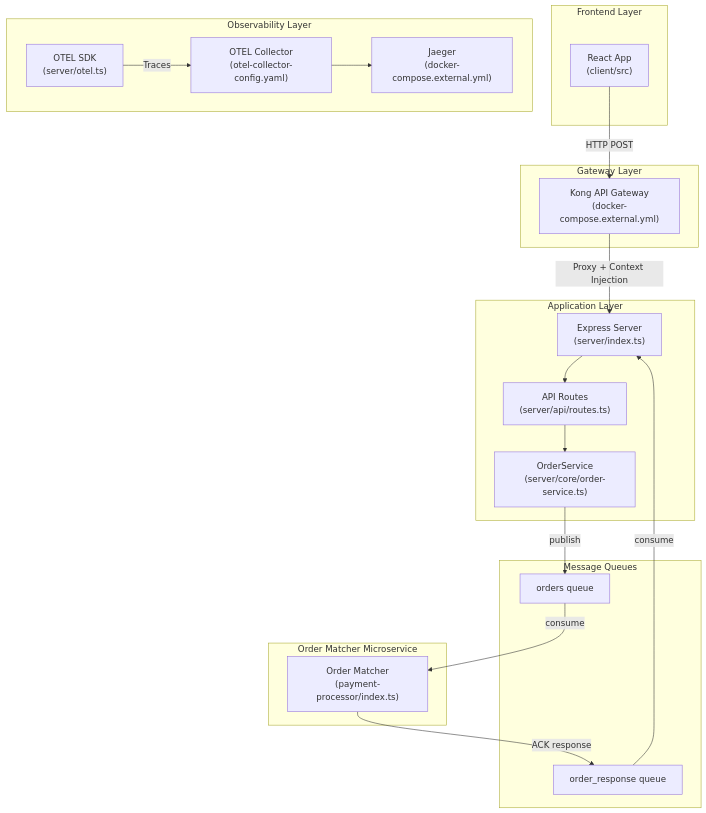
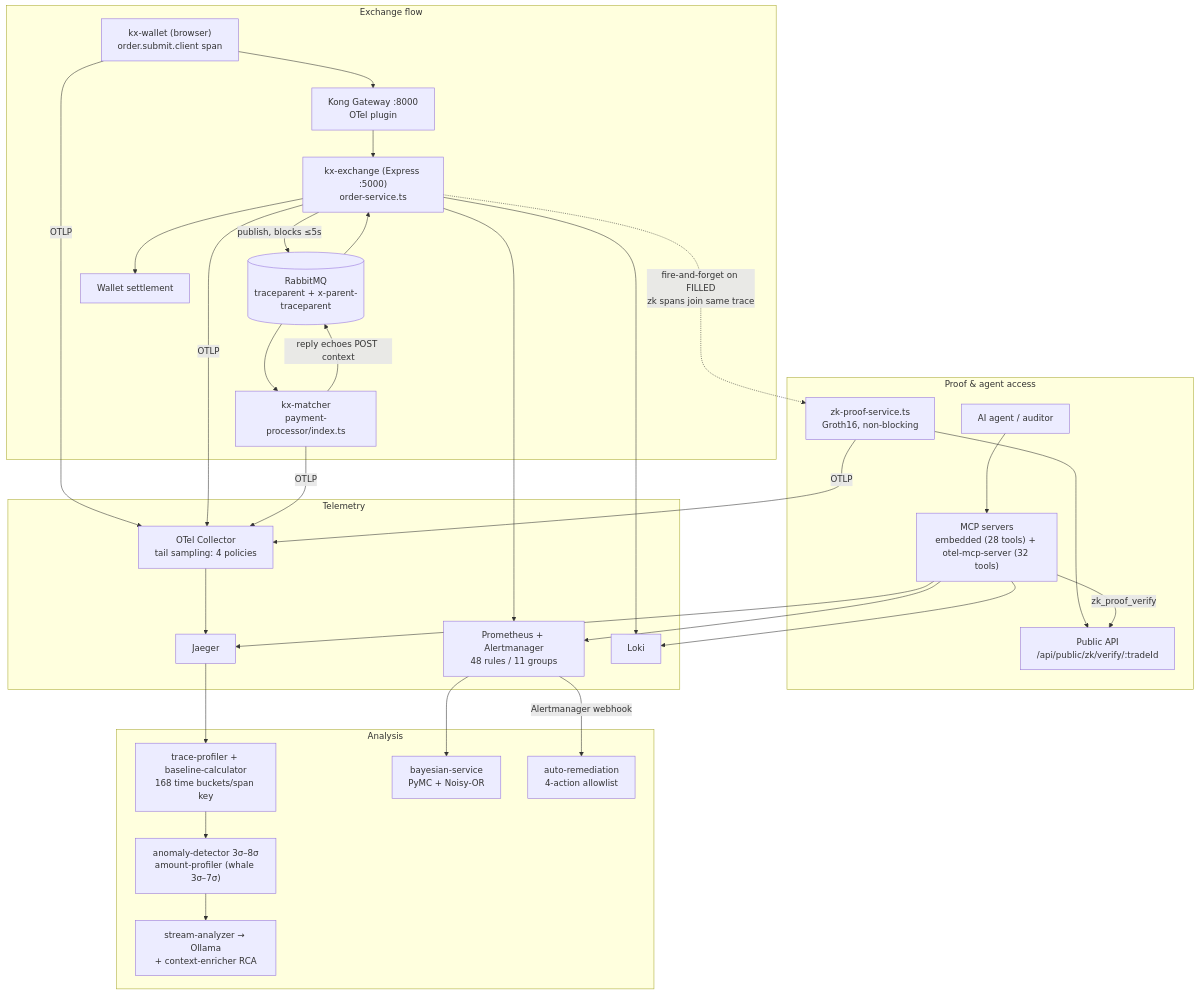
Before and after one commit to MoebiusX/Krystaline: the diagram in docs/architecture/01_ARCHITECTURE.md, drawn with Mermaid. The commit also changed other lines of this file and 6 other files, not shown here.

````diff
--- a/docs/architecture/01_ARCHITECTURE.md
+++ b/docs/architecture/01_ARCHITECTURE.md
@@ -9,42 +86,55 @@
 ```mermaid
 graph TB
-    subgraph "Frontend Layer"
-        UI["React App<br/>(client/src)"]
+    subgraph EXCHANGE ["Exchange flow"]
+        BROWSER["kx-wallet (browser)<br/>order.submit.client span"]
+        KONG["Kong Gateway :8000<br/>OTel plugin"]
+        API["kx-exchange (Express :5000)<br/>order-service.ts"]
+        MQ[("RabbitMQ<br/>traceparent + x-parent-traceparent")]
+        MATCHER["kx-matcher<br/>payment-processor/index.ts"]
+        WALLET["Wallet settlement"]
     end
 
-    subgraph "Gateway Layer"
-        KONG["Kong API Gateway<br/>(docker-compose.external.yml)"]
+    subgraph PROOF ["Proof & agent access"]
+        ZK["zk-proof-service.ts<br/>Groth16, non-blocking"]
+        PUBAPI["Public API<br/>/api/public/zk/verify/:tradeId"]
+        MCP["MCP servers<br/>embedded (28 tools) + otel-mcp-server (32 tools)"]
+        AGENT["AI agent / auditor"]
     end
 
-    subgraph "Application Layer"
-        EXPRESS["Express Server<br/>(server/index.ts)"]
-        ROUTES["API Routes<br/>(server/api/routes.ts)"]
-        ORDERS["OrderService<br/>(server/core/order-service.ts)"]
+    subgraph TELEMETRY ["Telemetry"]
+        COLLECTOR["OTel Collector<br/>tail sampling: 4 policies"]
+        JAEGER["Jaeger"]
+        PROM["Prometheus + Alertmanager<br/>48 rules / 11 groups"]
+        LOKI["Loki"]
     end
 
-    subgraph "Order Matcher Microservice"
-        MATCHER["Order Matcher<br/>(payment-processor/index.ts)"]
+    subgraph ANALYSIS ["Analysis"]
+        PROFILER["trace-profiler + baseline-calculator<br/>168 time buckets/span key"]
+        DETECTOR["anomaly-detector 3σ–8σ<br/>amount-profiler (whale 3σ–7σ)"]
+        LLM["stream-analyzer → Ollama<br/>+ context-enricher RCA"]
+        BAYES["bayesian-service<br/>PyMC + Noisy-OR"]
+        REMED["auto-remediation<br/>4-action allowlist"]
     end
 
-    subgraph "Message Queues"
-        ORDERS_Q["orders queue"]
-        RESPONSE_Q["order_response queue"]
-    end
+    BROWSER --> KONG --> API
+    API -->|publish, blocks ≤5s| MQ
+    MQ --> MATCHER
+    MATCHER -->|reply echoes POST context| MQ
+    MQ --> API
+    API --> WALLET
+    API -.->|"fire-and-forget on FILLED<br/>zk spans join same trace"| ZK
+    ZK --> PUBAPI
 
-    subgraph "Observability Layer"
-        OTEL["OTEL SDK<br/>(server/otel.ts)"]
-        COLLECTOR["OTEL Collector<br/>(otel-collector-config.yaml)"]
-        JAEGER["Jaeger<br/>(docker-compose.external.yml)"]
-    end
+    BROWSER & API & MATCHER & ZK -->|OTLP| COLLECTOR
+    COLLECTOR --> JAEGER
+    API --> PROM
+    API --> LOKI
 
-    UI -->|HTTP POST| KONG
-    KONG -->|Proxy + Context Injection| EXPRESS
-    EXPRESS --> ROUTES
-    ROUTES --> ORDERS
-    ORDERS -->|publish| ORDERS_Q
-    ORDERS_Q -->|consume| MATCHER
-    MATCHER -->|ACK response| RESPONSE_Q
-    RESPONSE_Q -->|consume| EXPRESS
-    OTEL -->|Traces| COLLECTOR
-    COLLECTOR --> JAEGER
+    JAEGER --> PROFILER --> DETECTOR --> LLM
+    PROM --> BAYES
+    PROM -->|Alertmanager webhook| REMED
+
+    AGENT --> MCP
+    MCP --> JAEGER & PROM & LOKI
+    MCP -->|zk_proof_verify| PUBAPI
 ```
````
